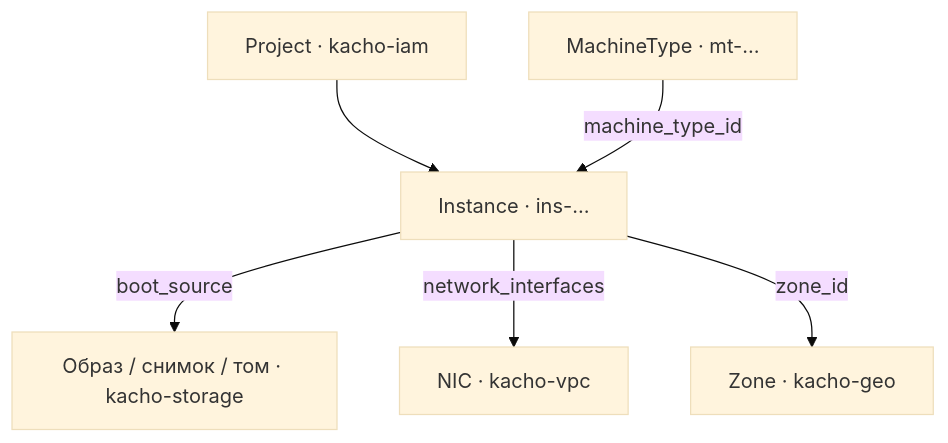
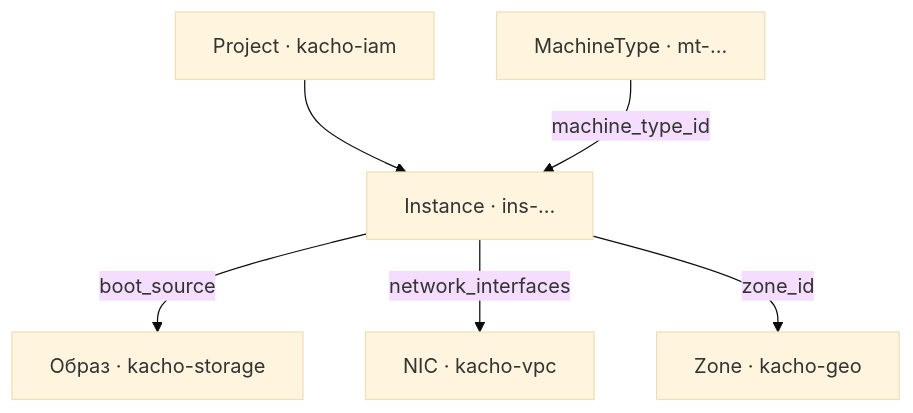
One commit to PRO-Robotech/kacho changed the diagram in services/compute/docs/content/api/instance.mdx. Above: the diagram before and after it, drawn with Mermaid (base theme). The commit also changed other lines of this file and 160 other files, not shown here.

````diff
--- a/services/compute/docs/content/api/instance.mdx
+++ b/services/compute/docs/content/api/instance.mdx
@@ -30,8 +30,8 @@
 ```mermaid
 graph TD
   P[Project · kacho-iam] --> I[Instance · ins-…]
   MT[MachineType · mt-…] -->|machine_type_id| I
-  I -->|boot_source| S[Образ / снимок / том · kacho-storage]
+  I -->|boot_source| S[Образ · kacho-storage]
   I -->|network_interfaces| NIC[NIC · kacho-vpc]
   I -->|zone_id| Z[Zone · kacho-geo]
 ```
````
